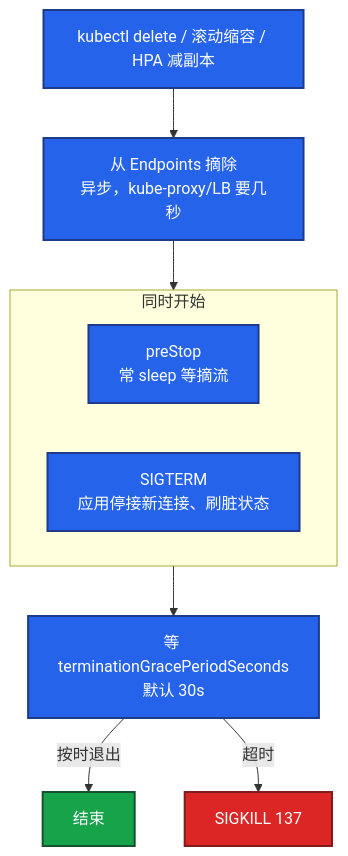
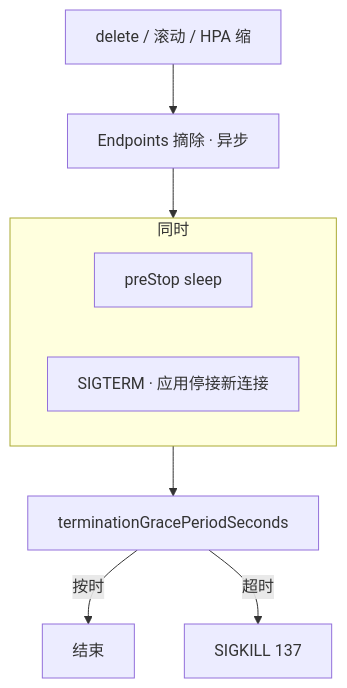
Before and after one commit to ml-cuizijun/LearnToLilith: the third of 5 diagrams in 04-Kubernetes/04-Pod生命周期/知识点.md, drawn with Mermaid. The commit also changed other lines of this file and 107 other files, not shown here.

````diff
--- a/04-Kubernetes/04-Pod生命周期/知识点.md
+++ b/04-Kubernetes/04-Pod生命周期/知识点.md
@@ -258,19 +311,12 @@
 ```mermaid
 flowchart TB
-    del[kubectl delete / 滚动缩容 / HPA 减副本] --> ep[从 Endpoints 摘除<br/>异步，kube-proxy/LB 要几秒]
+    del[delete / 滚动 / HPA 缩] --> ep[Endpoints 摘除 · 异步]
     ep --> par
-    subgraph par ["同时开始"]
-        pre[preStop<br/>常 sleep 等摘流]
-        term[SIGTERM<br/>应用停接新连接、刷脏状态]
+    subgraph par ["同时"]
+        pre[preStop sleep]
+        term[SIGTERM · 应用停接新连接]
     end
-    par --> grace[等 terminationGracePeriodSeconds<br/>默认 30s]
-    grace -->|按时退出| ok[结束]
+    par --> grace[terminationGracePeriodSeconds]
+    grace -->|按时| ok[结束]
     grace -->|超时| kill[SIGKILL 137]
-
-    classDef a fill:#2563EB,stroke:#1E3A8A,stroke-width:2px,color:#fff
-    classDef okc fill:#16A34A,stroke:#14532D,stroke-width:2px,color:#fff
-    classDef bad fill:#DC2626,stroke:#7F1D1D,stroke-width:2px,color:#fff
-    class del,ep,pre,term,grace a
-    class ok okc
-    class kill bad
 ```
````
